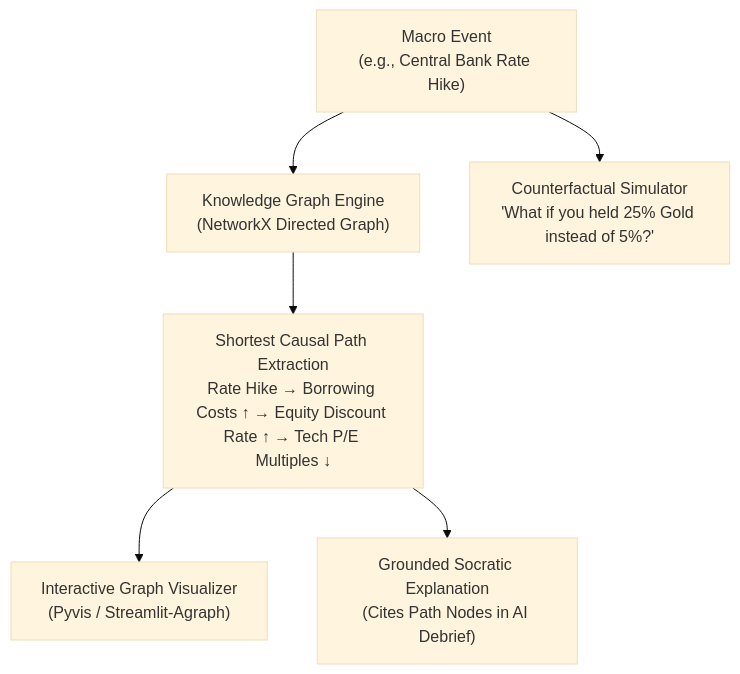
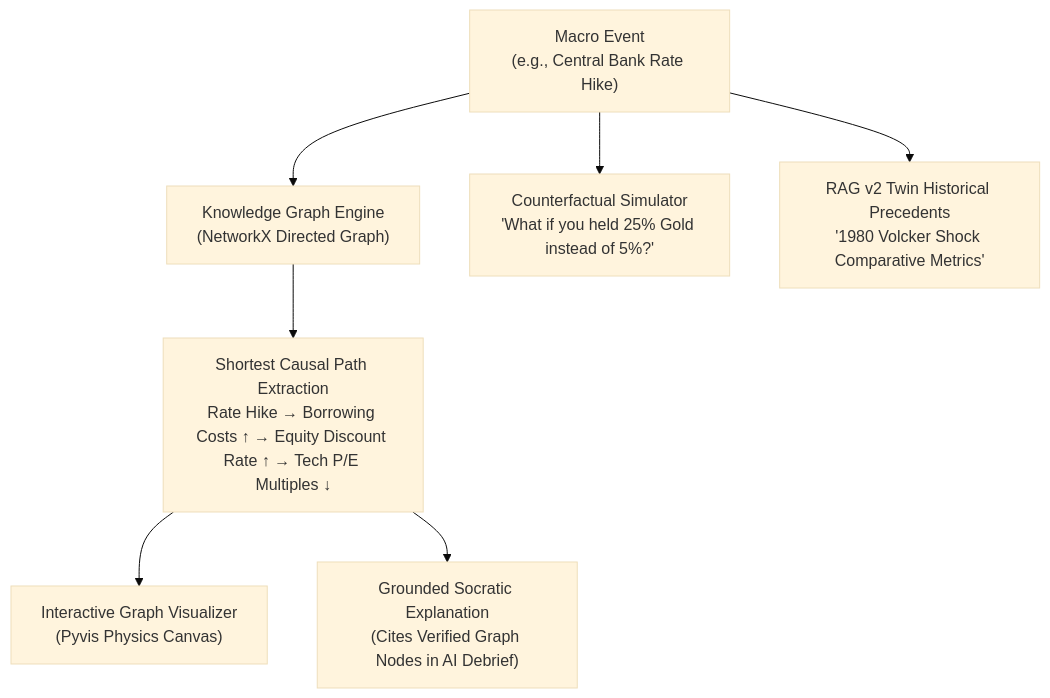
One commit to s3arajgupta/MarketSense changed the second of 2 diagrams in Documentations/phases_information.md. Above: the diagram before and after it, drawn with Mermaid (base theme). The commit also changed other lines of this file and 19 other files, not shown here.

````diff
--- a/Documentations/phases_information.md
+++ b/Documentations/phases_information.md
@@ -161,8 +161,9 @@
 ```mermaid
 flowchart TD
     Event["Macro Event\n(e.g., Central Bank Rate Hike)"] --> KG["Knowledge Graph Engine\n(NetworkX Directed Graph)"]
     KG --> Path["Shortest Causal Path Extraction\nRate Hike → Borrowing Costs ↑ → Equity Discount Rate ↑ → Tech P/E Multiples ↓"]
-    Path --> Visual["Interactive Graph Visualizer\n(Pyvis / Streamlit-Agraph)"]
-    Path --> Mentor["Grounded Socratic Explanation\n(Cites Path Nodes in AI Debrief)"]
+    Path --> Visual["Interactive Graph Visualizer\n(Pyvis Physics Canvas)"]
+    Path --> Mentor["Grounded Socratic Explanation\n(Cites Verified Graph Nodes in AI Debrief)"]
     Event --> Counterfactual["Counterfactual Simulator\n'What if you held 25% Gold instead of 5%?'"]
+    Event --> RAG2["RAG v2 Twin Historical Precedents\n'1980 Volcker Shock Comparative Metrics'"]
 ```
````
